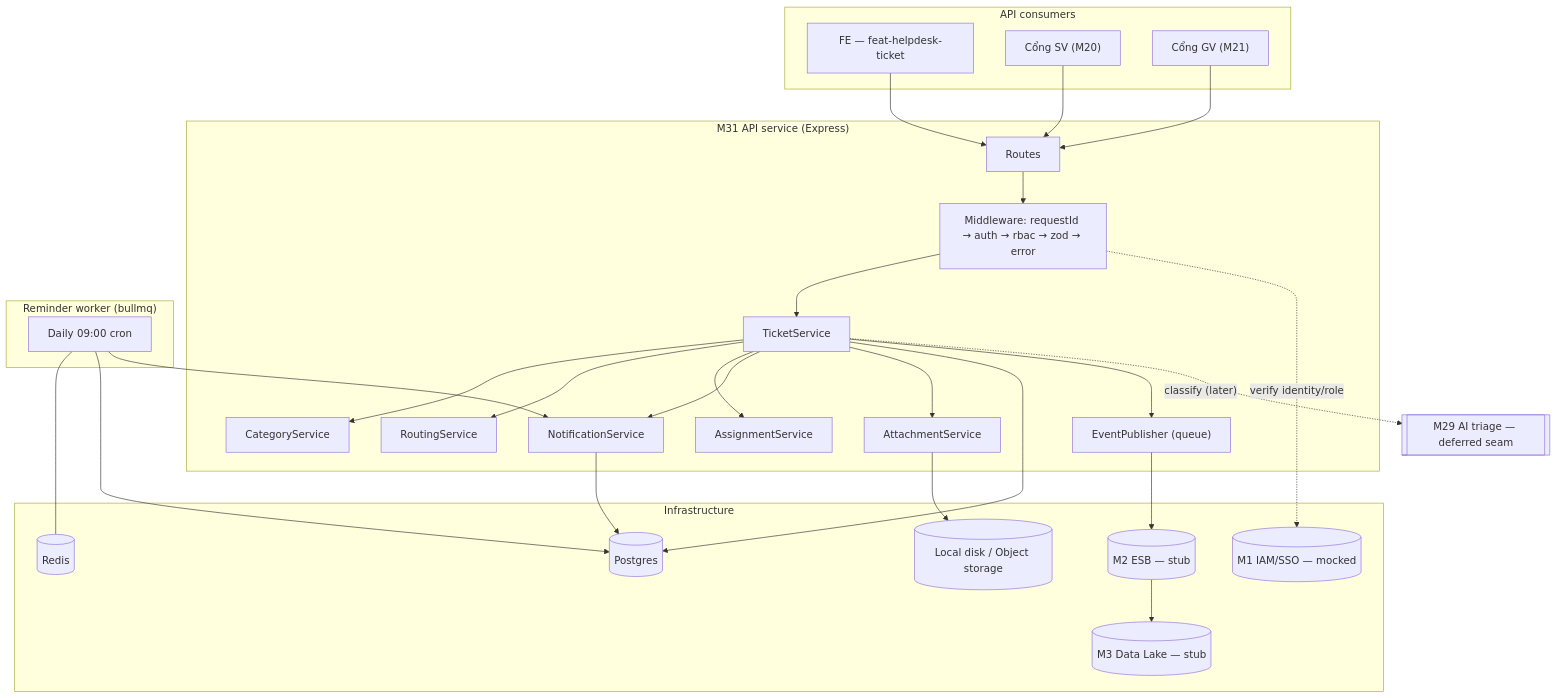
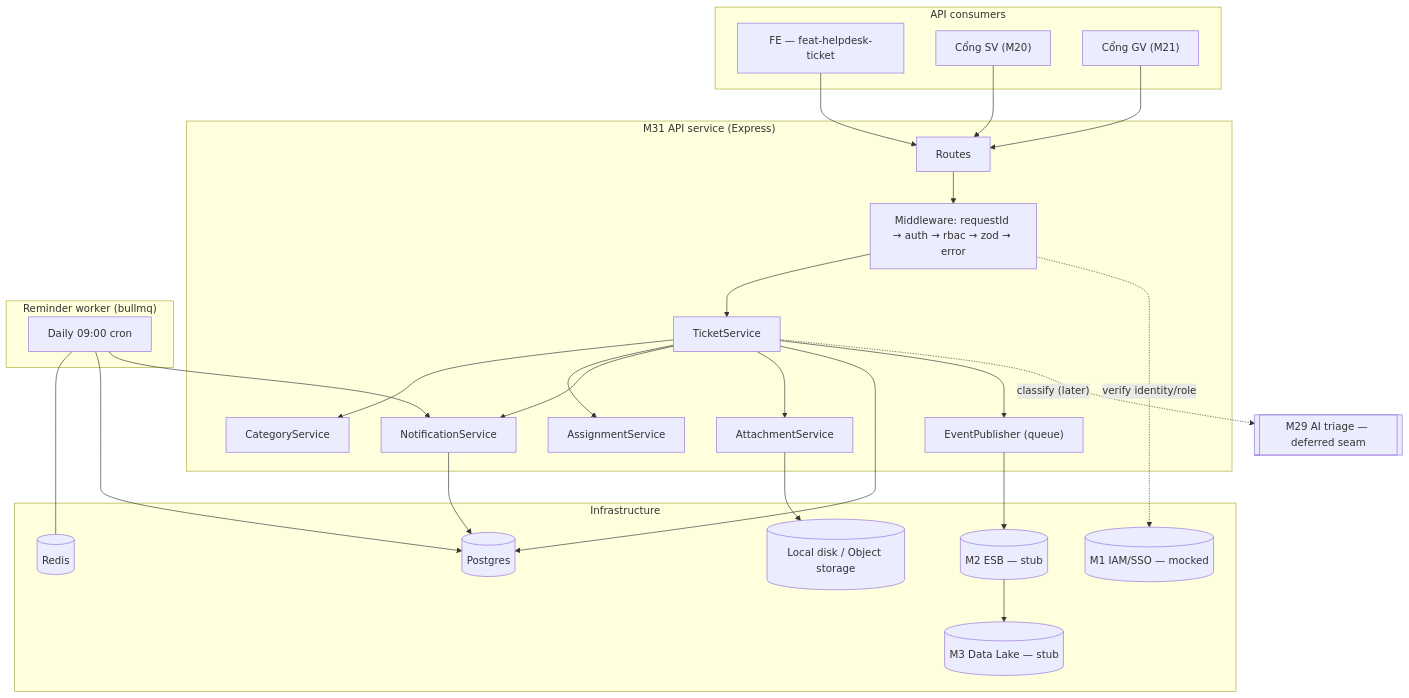
One commit to nguyentr02/UMS-HELPDESK-TICKET-API changed the first of 4 diagrams in docs/feature-plan.md. Above: the diagram before and after it, drawn with Mermaid. The commit also changed other lines of this file and 6 other files, not shown here.

````diff
--- a/docs/feature-plan.md
+++ b/docs/feature-plan.md
@@ -33,47 +33,46 @@
 ```mermaid
 flowchart TB
   subgraph Consumers["API consumers"]
     feUI["FE — feat-helpdesk-ticket"]
     portalSV["Cổng SV (M20)"]
     portalGV["Cổng GV (M21)"]
   end
 
   subgraph App["M31 API service (Express)"]
     routes["Routes"]
     mw["Middleware: requestId → auth → rbac → zod → error"]
     svcTicket["TicketService"]
     svcCat["CategoryService"]
-    svcRoute["RoutingService"]
     svcAssign["AssignmentService"]
     svcNotify["NotificationService"]
     svcAttach["AttachmentService"]
     publisher["EventPublisher (queue)"]
   end
 
   subgraph Worker["Reminder worker (bullmq)"]
     reminder["Daily 09:00 cron"]
   end
 
   subgraph Infra["Infrastructure"]
     iam[("M1 IAM/SSO — mocked")]
     esb[("M2 ESB — stub")]
     lake[("M3 Data Lake — stub")]
     db[("Postgres")]
     redis[("Redis")]
     store[("Local disk / Object storage")]
   end
   ai[["M29 AI triage — deferred seam"]]
 
   feUI & portalSV & portalGV --> routes
   routes --> mw --> svcTicket
-  svcTicket --> svcCat & svcRoute & svcAssign & svcNotify & svcAttach
+  svcTicket --> svcCat & svcAssign & svcNotify & svcAttach
   svcTicket --> db
   svcNotify --> db
   svcAttach --> store
   mw -. "verify identity/role" .-> iam
   svcTicket --> publisher --> esb --> lake
   reminder --- redis
   reminder --> db
   reminder --> svcNotify
   svcTicket -. "classify (later)" .-> ai
 ```
````
